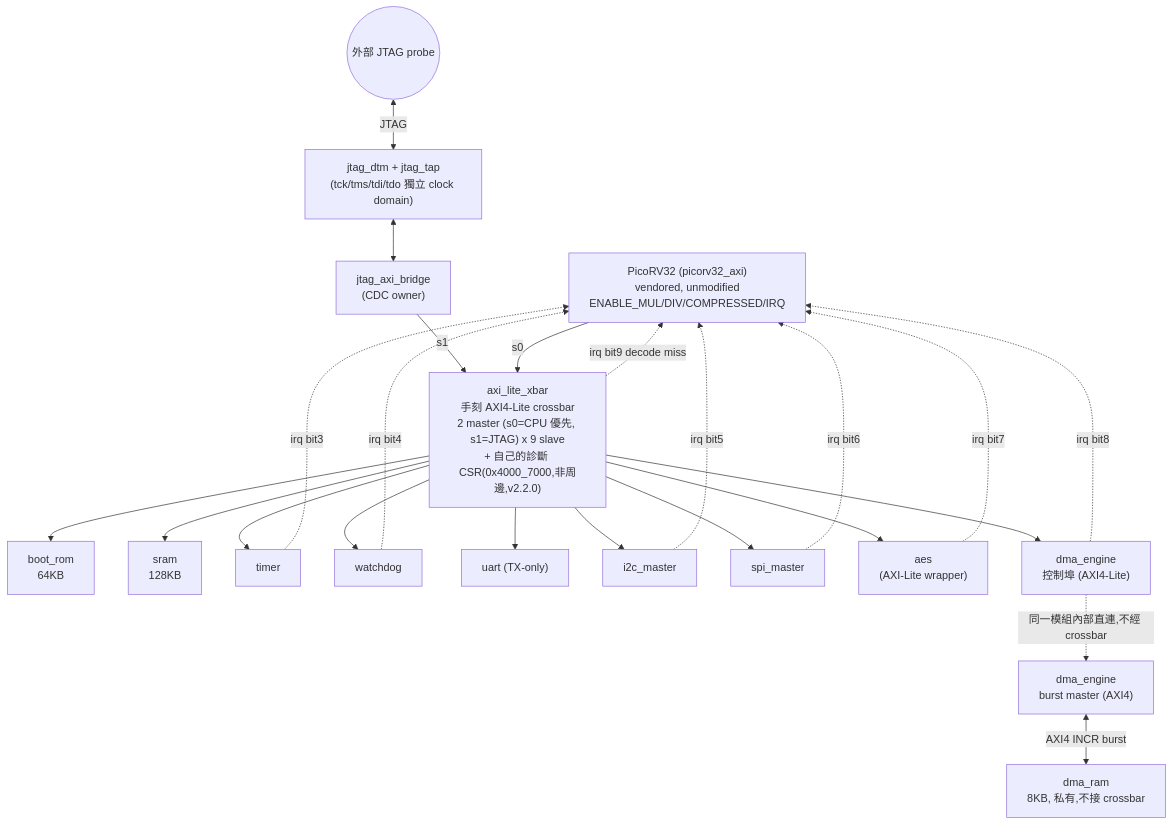
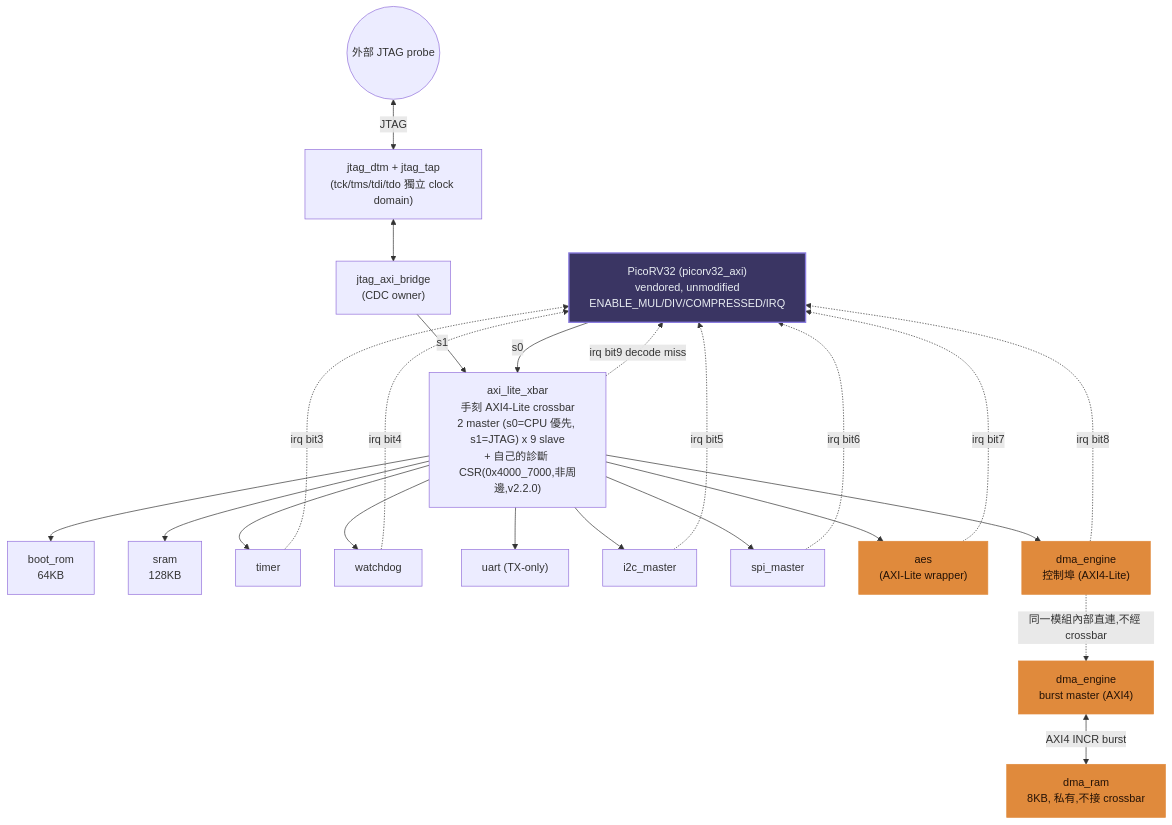
One commit to HsiangTW1031/RISCV_SOC changed the diagram in docs/architecture.md. Above: the diagram before and after it, drawn with Mermaid. The commit also changed other lines of this file, not shown here.

Commit message:
Color-code the vendored core vs. headline deliverables in the mermaid diagram
Matches the palette settled on in images/architecture_versions/architecture_v3.html:
CPU (the only vendored node) gets a distinct violet fill; AES/DMA (the
Phase 6 headline deliverables) get orange, both classDef'd so it's
visible directly in docs/architecture.md's rendered diagram, not just
described in prose.

````diff
--- a/docs/architecture.md
+++ b/docs/architecture.md
@@ -7,48 +7,54 @@
 ```mermaid
 flowchart TB
     CPU["PicoRV32 (picorv32_axi)<br/>vendored, unmodified<br/>ENABLE_MUL/DIV/COMPRESSED/IRQ"]
     JTAGPROBE(("外部 JTAG probe"))
     JTAGDTM["jtag_dtm + jtag_tap<br/>(tck/tms/tdi/tdo 獨立 clock domain)"]
     BRIDGE["jtag_axi_bridge<br/>(CDC owner)"]
 
     XBAR["axi_lite_xbar<br/>手刻 AXI4-Lite crossbar<br/>2 master (s0=CPU 優先, s1=JTAG) x 9 slave<br/>+ 自己的診斷 CSR(0x4000_7000,非周邊,v2.2.0)"]
 
     ROM["boot_rom<br/>64KB"]
     RAM["sram<br/>128KB"]
     TIMER["timer"]
     WDT["watchdog"]
     UART["uart (TX-only)"]
     I2C["i2c_master"]
     SPI["spi_master"]
     AES["aes<br/>(AXI-Lite wrapper)"]
     DMACTRL["dma_engine<br/>控制埠 (AXI4-Lite)"]
 
     DMABURST["dma_engine<br/>burst master (AXI4)"]
     DMARAM["dma_ram<br/>8KB, 私有,不接 crossbar"]
 
     JTAGPROBE <-->|JTAG| JTAGDTM
     JTAGDTM <--> BRIDGE
     BRIDGE -->|s1| XBAR
     CPU -->|s0| XBAR
 
     XBAR --> ROM
     XBAR --> RAM
     XBAR --> TIMER
     XBAR --> WDT
     XBAR --> UART
     XBAR --> I2C
     XBAR --> SPI
     XBAR --> AES
     XBAR --> DMACTRL
 
     DMACTRL -.同一模組內部直連,不經 crossbar.-> DMABURST
     DMABURST <-->|AXI4 INCR burst| DMARAM
 
     TIMER -.irq bit3.-> CPU
     WDT -.irq bit4.-> CPU
     I2C -.irq bit5.-> CPU
     SPI -.irq bit6.-> CPU
     AES -.irq bit7.-> CPU
     DMACTRL -.irq bit8.-> CPU
     XBAR -.irq bit9 decode miss.-> CPU
+
+    classDef vendor fill:#3a3563,stroke:#8a7ce0,stroke-width:2px,color:#e8edf2;
+    classDef headline fill:#e08a3c,stroke:#e08a3c,color:#241206;
+
+    class CPU vendor
+    class AES,DMACTRL,DMABURST,DMARAM headline
 ```
````
